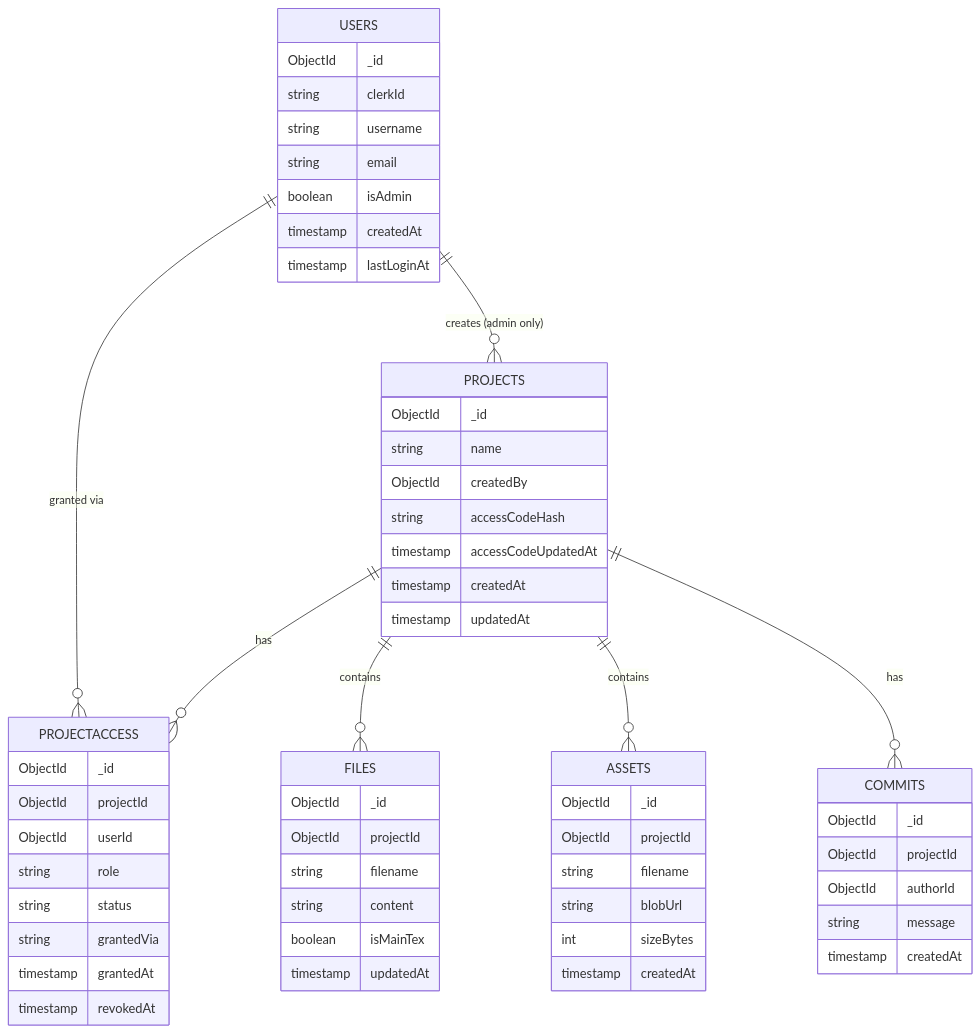
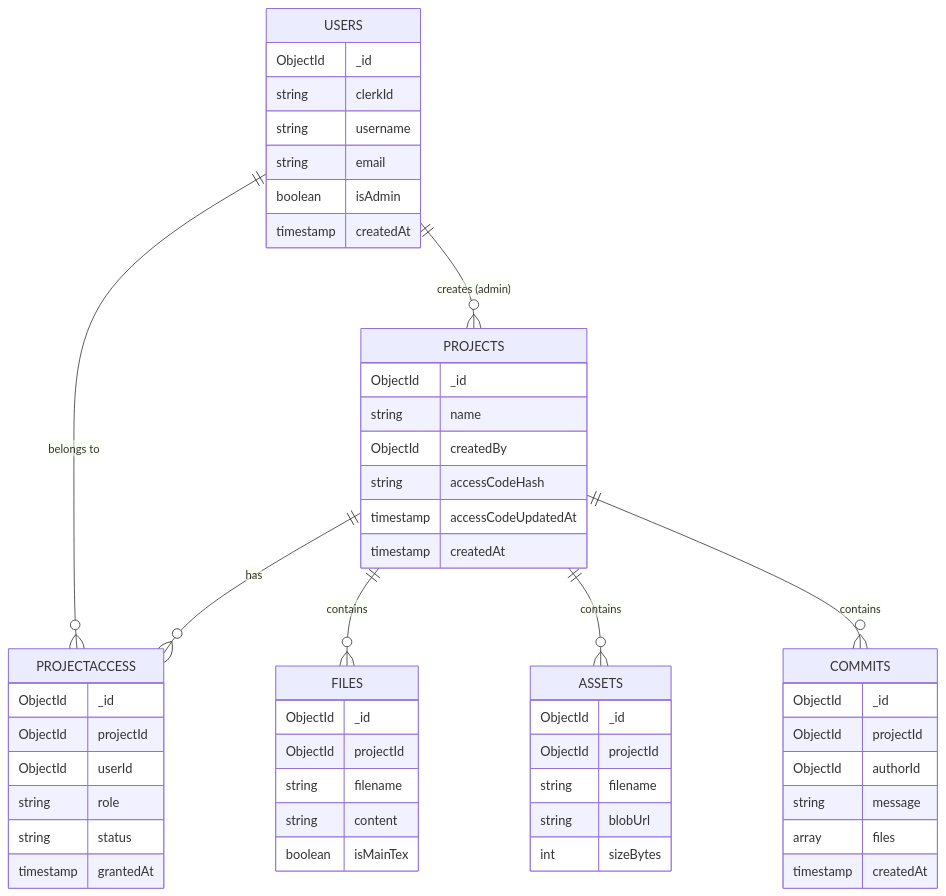
One commit to Siddhantshukla1657/Texly changed the second of 2 diagrams in docs/architecture.md. Above: the diagram before and after it, drawn with Mermaid. The commit also changed other lines of this file and 16 other files, not shown here.

````diff
--- a/docs/architecture.md
+++ b/docs/architecture.md
@@ -82,61 +125,56 @@
 ```mermaid
 erDiagram
-    USERS ||--o{ PROJECTS : "creates (admin only)"
-    USERS ||--o{ PROJECTACCESS : "granted via"
-    PROJECTS ||--o{ PROJECTACCESS : has
-    PROJECTS ||--o{ FILES : contains
-    PROJECTS ||--o{ ASSETS : contains
-    PROJECTS ||--o{ COMMITS : has
+    USERS ||--o{ PROJECTS : "creates (admin)"
+    USERS ||--o{ PROJECTACCESS : "belongs to"
+    PROJECTS ||--o{ PROJECTACCESS : "has"
+    PROJECTS ||--o{ FILES : "contains"
+    PROJECTS ||--o{ ASSETS : "contains"
+    PROJECTS ||--o{ COMMITS : "contains"
 
     USERS {
         ObjectId _id
         string clerkId
         string username
         string email
         boolean isAdmin
         timestamp createdAt
-        timestamp lastLoginAt
     }
     PROJECTS {
         ObjectId _id
         string name
         ObjectId createdBy
         string accessCodeHash
         timestamp accessCodeUpdatedAt
         timestamp createdAt
-        timestamp updatedAt
     }
     PROJECTACCESS {
         ObjectId _id
         ObjectId projectId
         ObjectId userId
         string role
         string status
-        string grantedVia
         timestamp grantedAt
-        timestamp revokedAt
     }
     FILES {
         ObjectId _id
         ObjectId projectId
         string filename
         string content
         boolean isMainTex
-        timestamp updatedAt
     }
     ASSETS {
         ObjectId _id
         ObjectId projectId
         string filename
         string blobUrl
         int sizeBytes
-        timestamp createdAt
     }
     COMMITS {
         ObjectId _id
         ObjectId projectId
         ObjectId authorId
         string message
+        array files
         timestamp createdAt
     }
 ```
````
